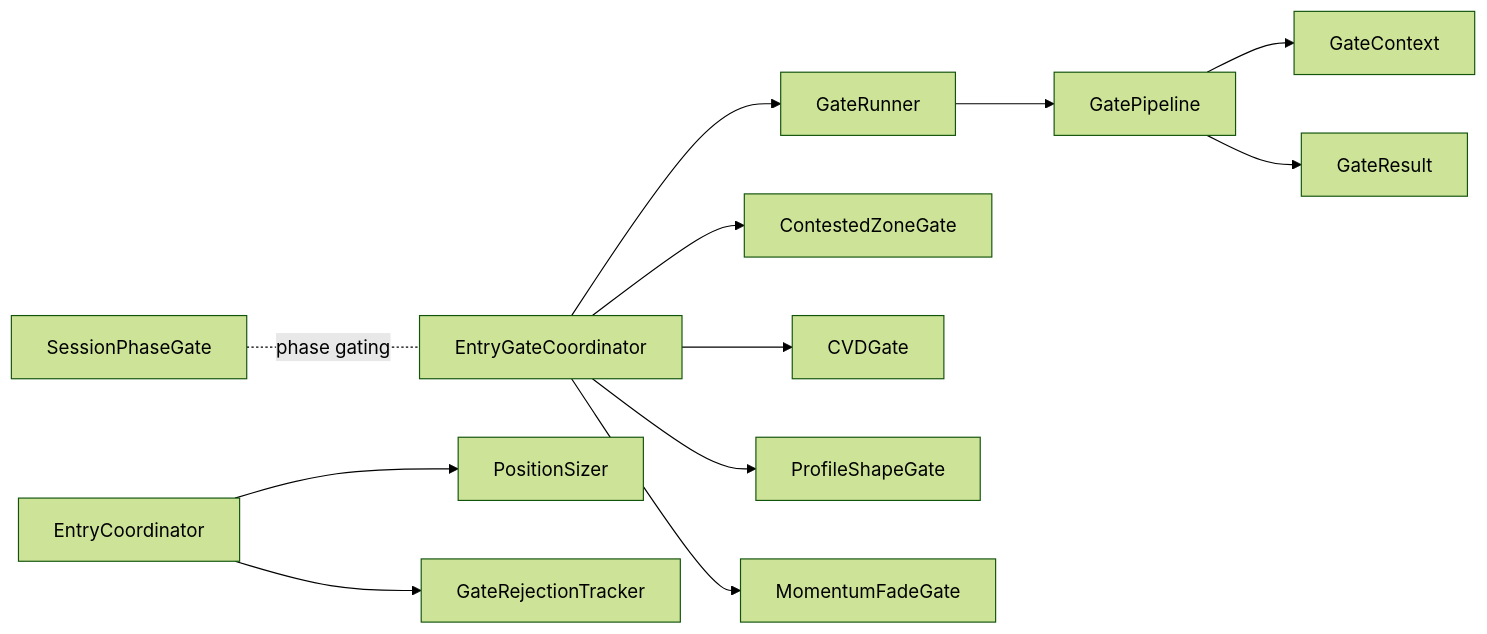
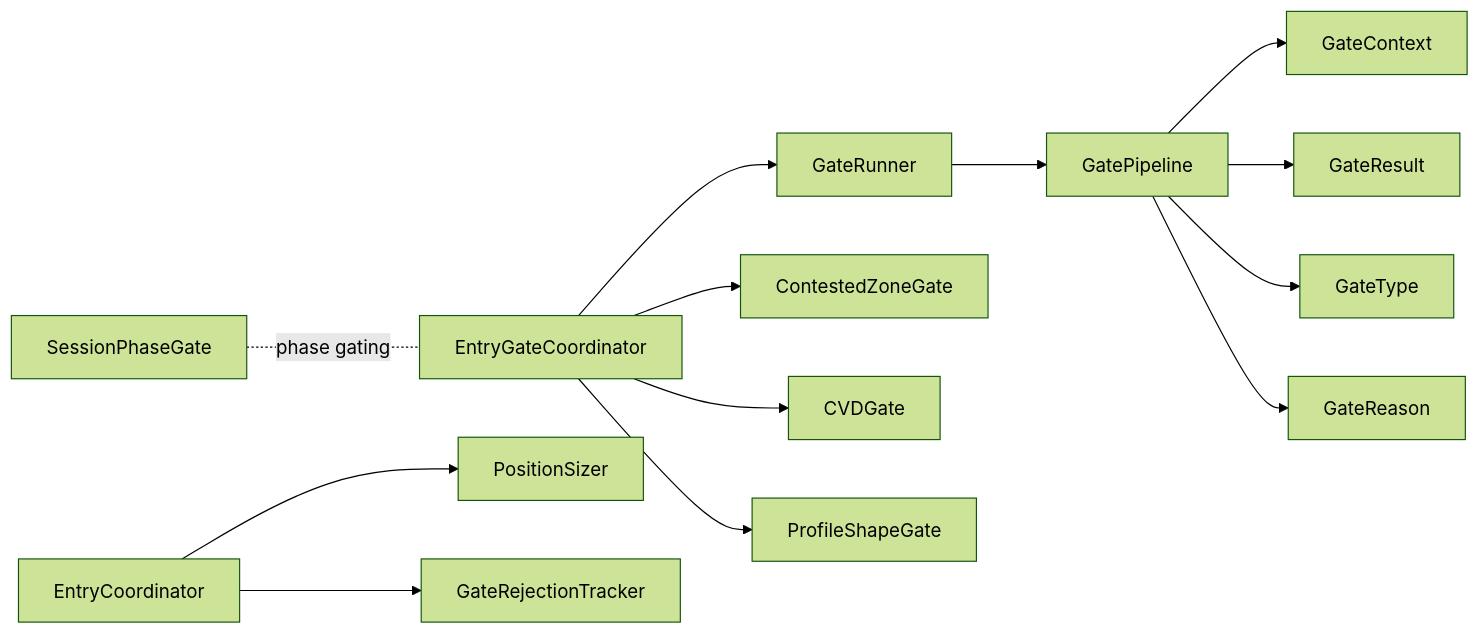
Before and after one commit to gemrajkhatry-maker/v5-of-glassytrade-ai: the fifth of 5 diagrams in .qoder/repowiki/en/content/Backend Application/Application Handlers/Gate Pipeline.md, drawn with Mermaid (forest theme). The commit also changed other lines of this file and 930 other files, not shown here.

````diff
--- a/.qoder/repowiki/en/content/Backend Application/Application Handlers/Gate Pipeline.md
+++ b/.qoder/repowiki/en/content/Backend Application/Application Handlers/Gate Pipeline.md
@@ -363,14 +392,15 @@
 ```mermaid
 graph LR
 EGC["EntryGateCoordinator"] --> GR["GateRunner"]
 GR --> GP["GatePipeline"]
 GP --> GC["GateContext"]
 GP --> GRes["GateResult"]
+GP --> GT["GateType"]
+GP --> GRen["GateReason"]
 EGC --> CZ["ContestedZoneGate"]
 EGC --> CVD["CVDGate"]
 EGC --> PS["ProfileShapeGate"]
-EGC --> MF["MomentumFadeGate"]
 EC["EntryCoordinator"] --> POS["PositionSizer"]
 EC --> GRT["GateRejectionTracker"]
 SPG["SessionPhaseGate"] -. "phase gating" .- EGC
 ```
````
